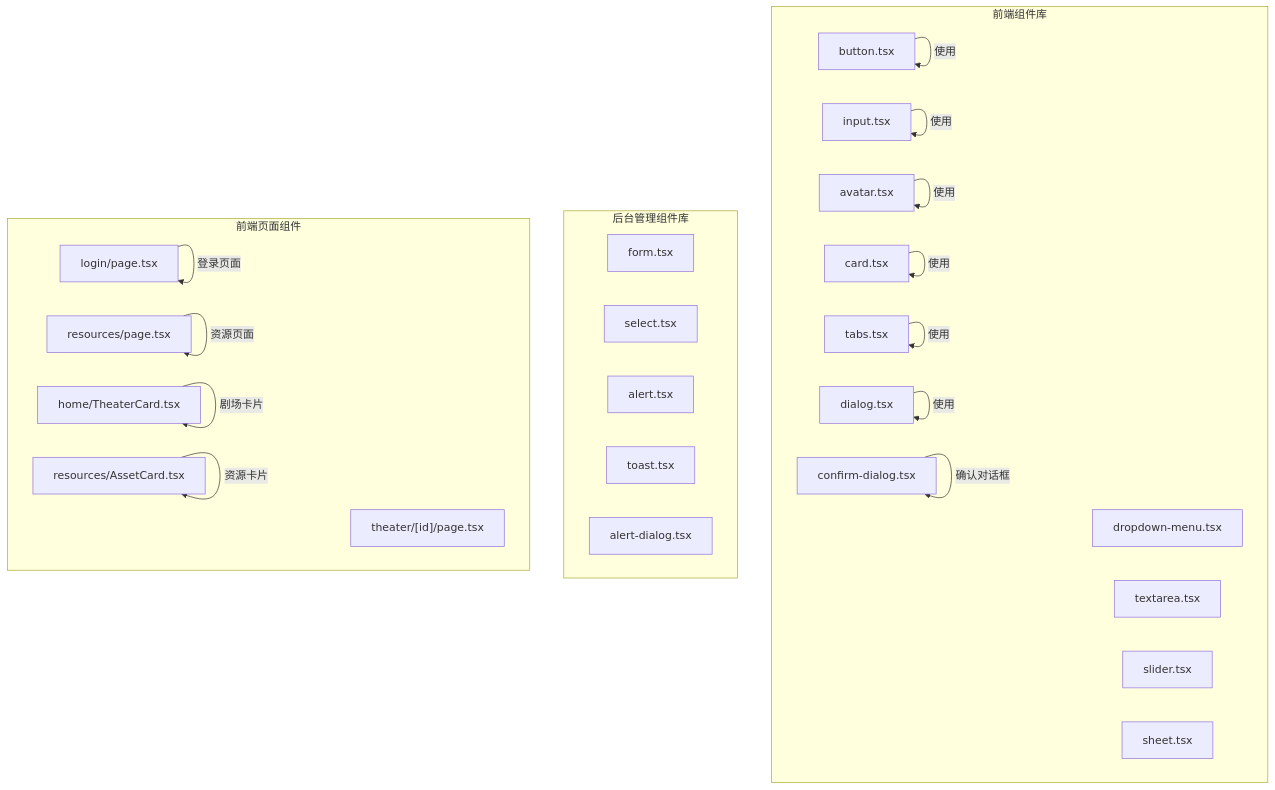
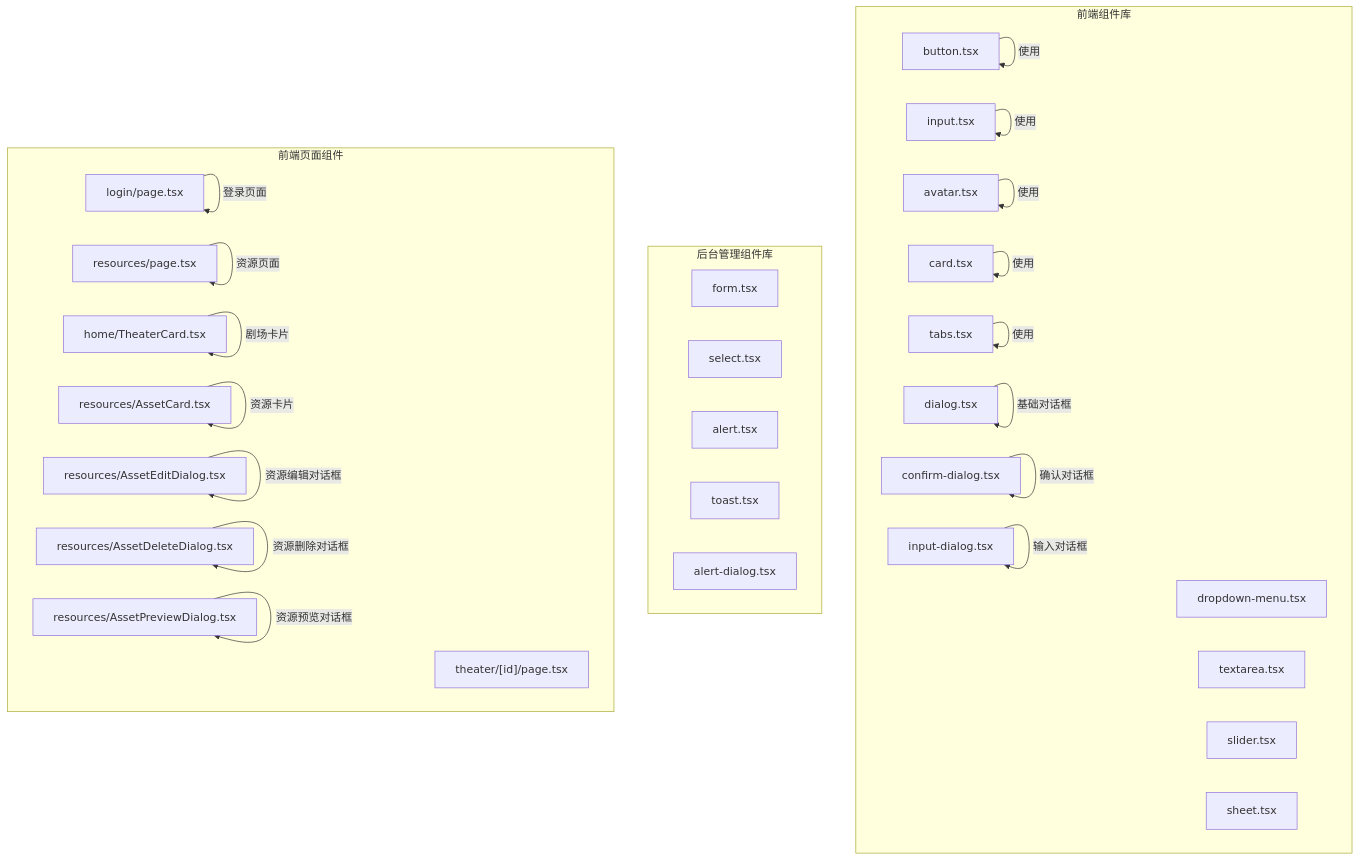
Before and after one commit to KunLabAI/KunFlix: the first of 9 diagrams in .qoder/repowiki/zh/content/前端组件系统/UI组件库/UI组件库.md, drawn with Mermaid. The commit also changed other lines of this file and 88 other files, not shown here.

````diff
--- a/.qoder/repowiki/zh/content/前端组件系统/UI组件库/UI组件库.md
+++ b/.qoder/repowiki/zh/content/前端组件系统/UI组件库/UI组件库.md
@@ -62,41 +63,49 @@
 ```mermaid
 graph TB
 subgraph "前端组件库"
 F_BTN["button.tsx"]
 F_INP["input.tsx"]
 F_AV["avatar.tsx"]
 F_CARD["card.tsx"]
 F_TABS["tabs.tsx"]
 F_DLG["dialog.tsx"]
 F_CDlg["confirm-dialog.tsx"]
+F_IDlg["input-dialog.tsx"]
 F_DROP["dropdown-menu.tsx"]
 F_TXT["textarea.tsx"]
 F_SLD["slider.tsx"]
 F_SHT["sheet.tsx"]
 end
 subgraph "后台管理组件库"
 B_FORM["form.tsx"]
 B_SEL["select.tsx"]
 B_ALERT["alert.tsx"]
 B_TOAST["toast.tsx"]
 B_AD["alert-dialog.tsx"]
 end
 subgraph "前端页面组件"
 LOGIN["login/page.tsx"]
 RES["resources/page.tsx"]
 THEATER["theater/[id]/page.tsx"]
 HOME["home/TheaterCard.tsx"]
 ASSET["resources/AssetCard.tsx"]
+ASSET_EDIT["resources/AssetEditDialog.tsx"]
+ASSET_DELETE["resources/AssetDeleteDialog.tsx"]
+ASSET_PREVIEW["resources/AssetPreviewDialog.tsx"]
 end
 F_BTN --> |"使用"| F_BTN
 F_INP --> |"使用"| F_INP
 F_AV --> |"使用"| F_AV
 F_CARD --> |"使用"| F_CARD
 F_TABS --> |"使用"| F_TABS
-F_DLG --> |"使用"| F_DLG
+F_DLG --> |"基础对话框"| F_DLG
 F_CDlg --> |"确认对话框"| F_CDlg
+F_IDlg --> |"输入对话框"| F_IDlg
 LOGIN --> |"登录页面"| LOGIN
 RES --> |"资源页面"| RES
 HOME --> |"剧场卡片"| HOME
 ASSET --> |"资源卡片"| ASSET
+ASSET_EDIT --> |"资源编辑对话框"| ASSET_EDIT
+ASSET_DELETE --> |"资源删除对话框"| ASSET_DELETE
+ASSET_PREVIEW --> |"资源预览对话框"| ASSET_PREVIEW
 ```
````
